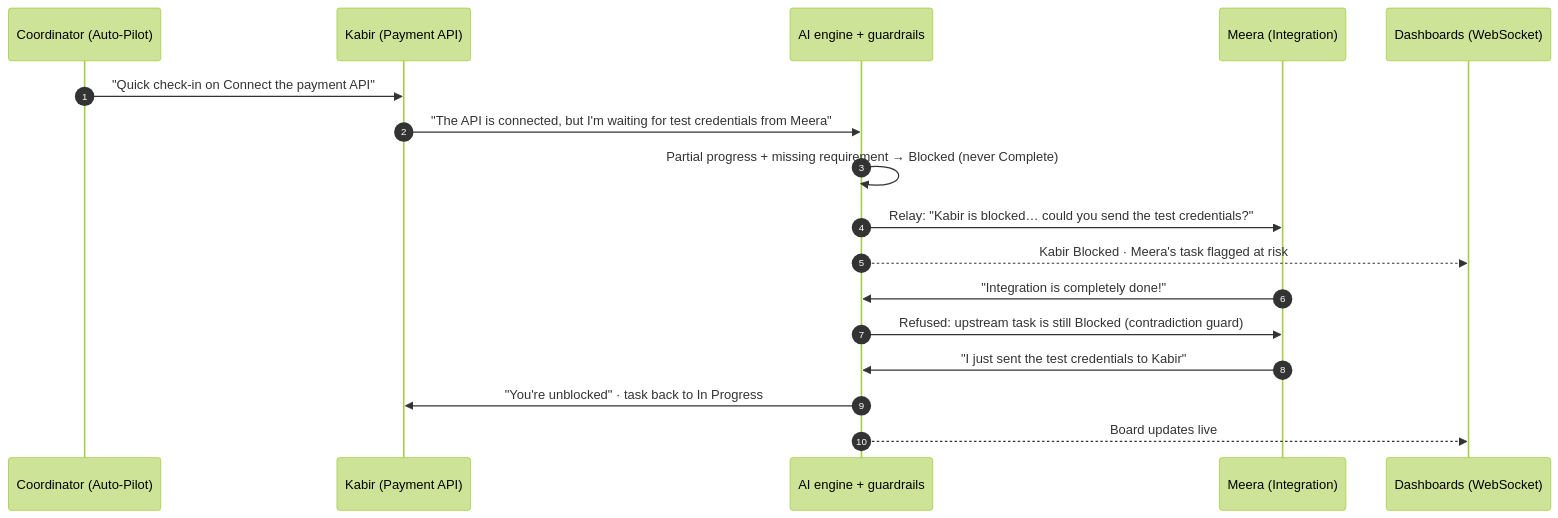
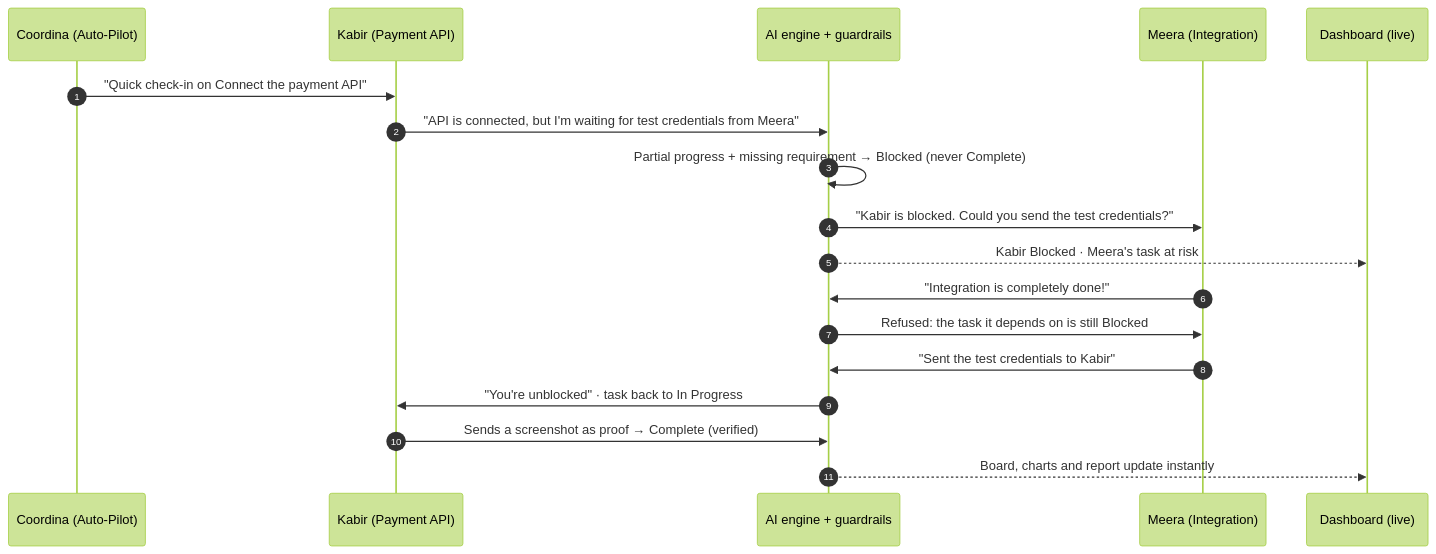
Before and after one commit to Sam786-web/Coordinia_W_PS1: the first of 2 diagrams in README.md, drawn with Mermaid (forest theme). The commit also changed other lines of this file and 4 other files, not shown here.

````diff
--- a/README.md
+++ b/README.md
@@ -17,20 +118,21 @@
 ```mermaid
 sequenceDiagram
     autonumber
-    participant AP as Coordinator (Auto-Pilot)
+    participant AP as Coordina (Auto-Pilot)
     participant K as Kabir (Payment API)
     participant AI as AI engine + guardrails
     participant M as Meera (Integration)
-    participant D as Dashboards (WebSocket)
+    participant D as Dashboard (live)
 
     AP->>K: "Quick check-in on Connect the payment API"
-    K->>AI: "The API is connected, but I'm waiting for test credentials from Meera"
+    K->>AI: "API is connected, but I'm waiting for test credentials from Meera"
     AI->>AI: Partial progress + missing requirement → Blocked (never Complete)
-    AI->>M: Relay: "Kabir is blocked… could you send the test credentials?"
-    AI-->>D: Kabir Blocked · Meera's task flagged at risk
+    AI->>M: "Kabir is blocked. Could you send the test credentials?"
+    AI-->>D: Kabir Blocked · Meera's task at risk
     M->>AI: "Integration is completely done!"
-    AI->>M: Refused: upstream task is still Blocked (contradiction guard)
-    M->>AI: "I just sent the test credentials to Kabir"
+    AI->>M: Refused: the task it depends on is still Blocked
+    M->>AI: "Sent the test credentials to Kabir"
     AI->>K: "You're unblocked" · task back to In Progress
-    AI-->>D: Board updates live
+    K->>AI: Sends a screenshot as proof → Complete (verified)
+    AI-->>D: Board, charts and report update instantly
 ```
````
